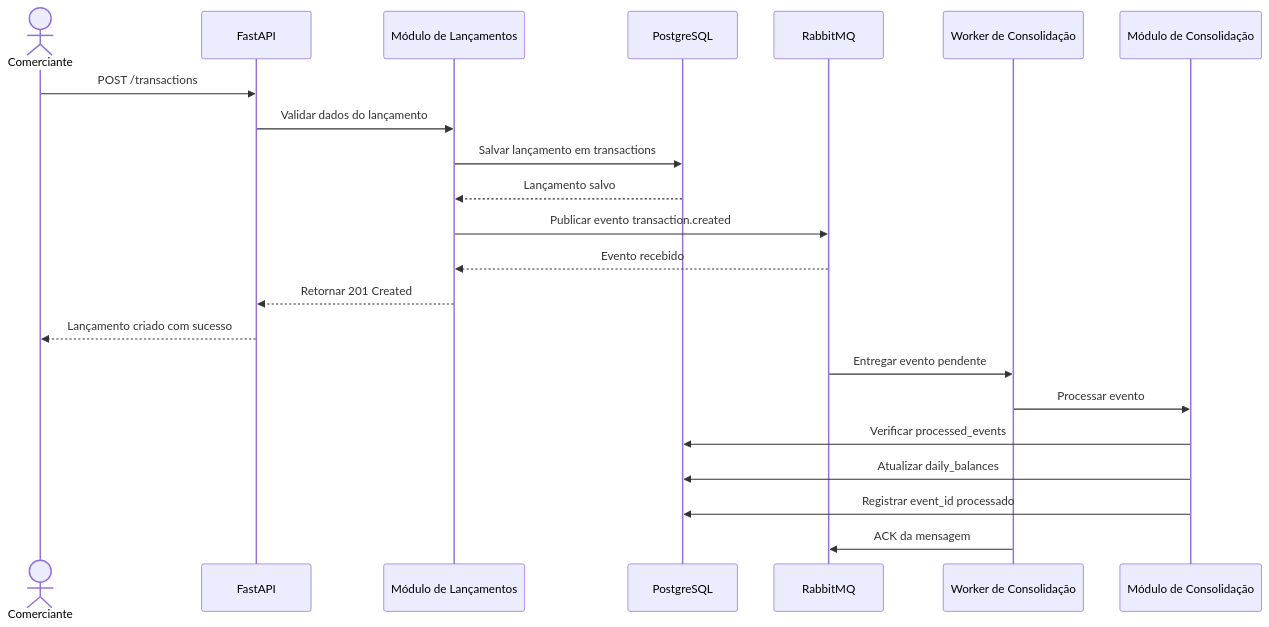
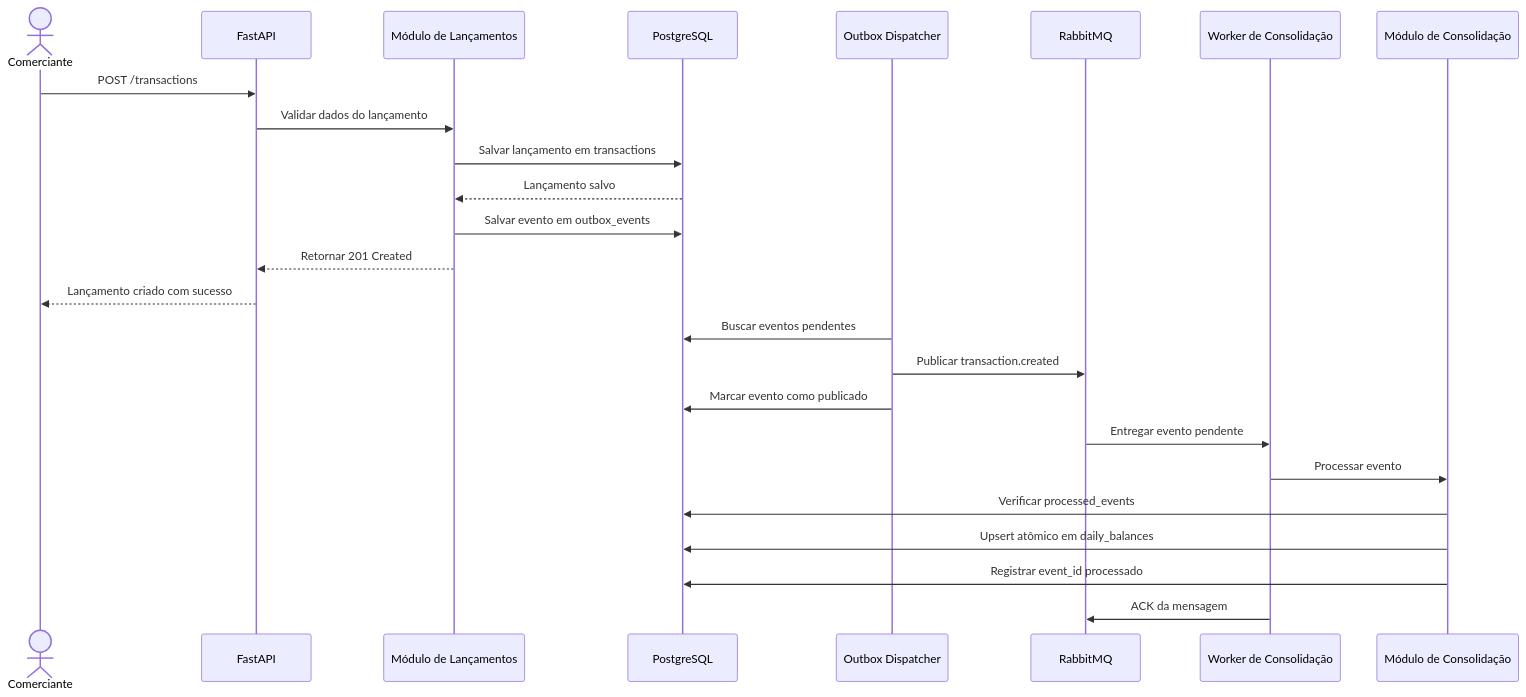
Before and after one commit to evosoftwares/cashflow-challenge-Gabriel: the third of 7 diagrams in docs/architecture.md, drawn with Mermaid. The commit also changed other lines of this file and 28 other files, not shown here.

````diff
--- a/docs/architecture.md
+++ b/docs/architecture.md
@@ -71,24 +76,27 @@
 ```mermaid
 sequenceDiagram
     actor User as Comerciante
     participant API as FastAPI
     participant Transaction as Módulo de Lançamentos
     participant DB as PostgreSQL
+    participant Dispatcher as Outbox Dispatcher
     participant MQ as RabbitMQ
     participant Worker as Worker de Consolidação
     participant Consolidation as Módulo de Consolidação
     User->>API: POST /transactions
     API->>Transaction: Validar dados do lançamento
     Transaction->>DB: Salvar lançamento em transactions
     DB-->>Transaction: Lançamento salvo
-    Transaction->>MQ: Publicar evento transaction.created
-    MQ-->>Transaction: Evento recebido
+    Transaction->>DB: Salvar evento em outbox_events
     Transaction-->>API: Retornar 201 Created
     API-->>User: Lançamento criado com sucesso
+    Dispatcher->>DB: Buscar eventos pendentes
+    Dispatcher->>MQ: Publicar transaction.created
+    Dispatcher->>DB: Marcar evento como publicado
     MQ->>Worker: Entregar evento pendente
     Worker->>Consolidation: Processar evento
     Consolidation->>DB: Verificar processed_events
-    Consolidation->>DB: Atualizar daily_balances
+    Consolidation->>DB: Upsert atômico em daily_balances
     Consolidation->>DB: Registrar event_id processado
     Worker->>MQ: ACK da mensagem
 ```
````
